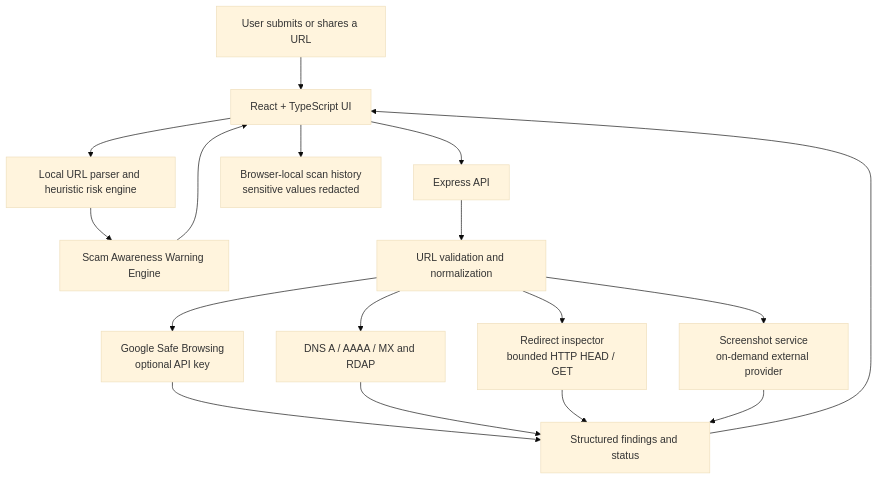
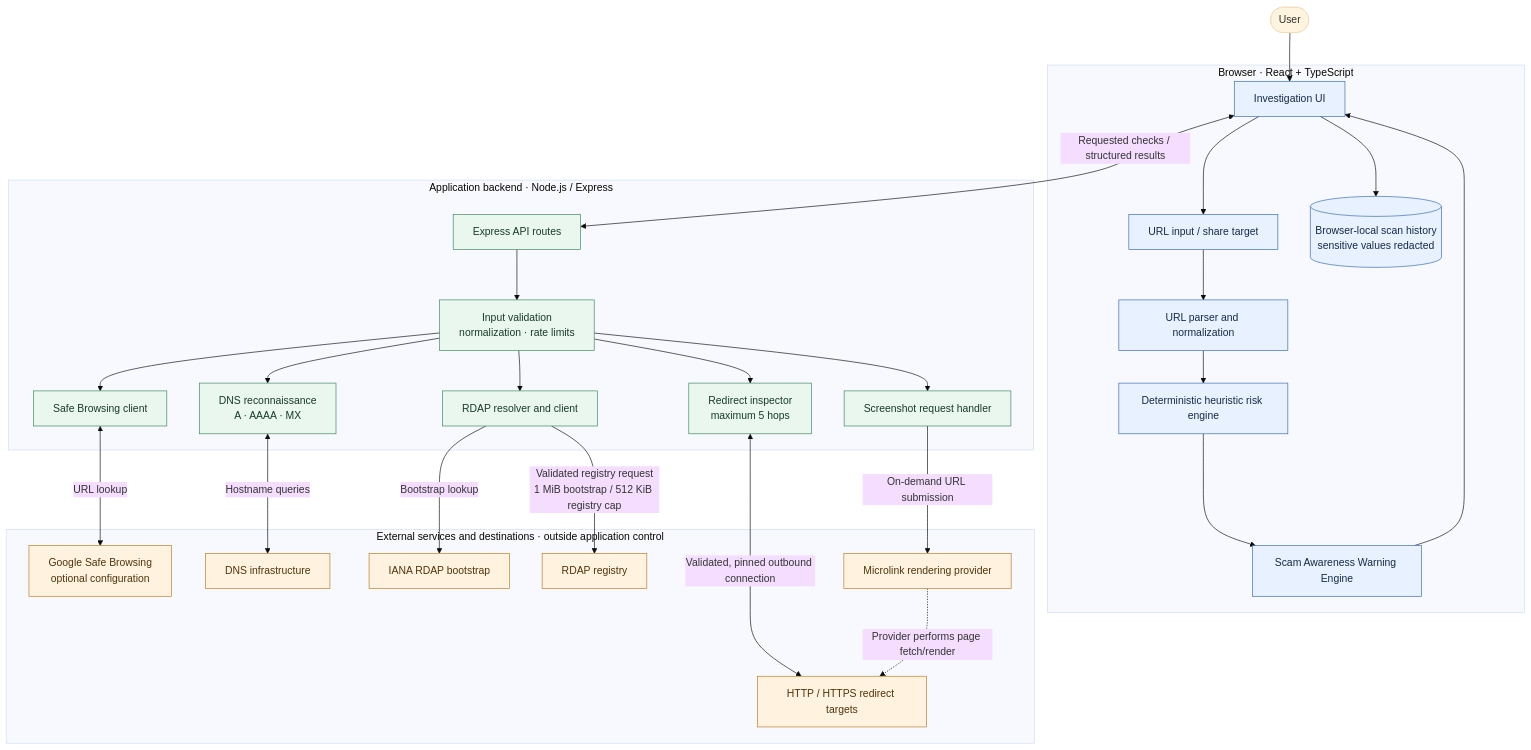
Before and after one commit to aditya77288-web/fraud-link-detector: the diagram in docs/ARCHITECTURE.md, drawn with Mermaid (base theme). The commit also changed other lines of this file, not shown here.

Commit message:
docs: refine system architecture and trust-boundary diagram

````diff
--- a/docs/ARCHITECTURE.md
+++ b/docs/ARCHITECTURE.md
@@ -7,19 +9,60 @@
 ```mermaid
-flowchart TD
-    U[User submits or shares a URL] --> UI[React + TypeScript UI]
-    UI --> LOCAL[Local URL parser and heuristic risk engine]
-    LOCAL --> WARN[Scam Awareness Warning Engine]
-    UI --> API[Express API]
-    API --> VALID[URL validation and normalization]
-    VALID --> SB[Google Safe Browsing<br/>optional API key]
-    VALID --> DNS[DNS A / AAAA / MX and RDAP]
-    VALID --> REDIR[Redirect inspector<br/>bounded HTTP HEAD / GET]
-    VALID --> SHOT[Screenshot service<br/>on-demand external provider]
-    SB --> RESULT[Structured findings and status]
-    DNS --> RESULT
-    REDIR --> RESULT
-    SHOT --> RESULT
-    RESULT --> UI
-    WARN --> UI
-    UI --> HIST[Browser-local scan history<br/>sensitive values redacted]
+flowchart TB
+    USER([User])
+    subgraph CLIENT["Browser · React + TypeScript"]
+        UI["Investigation UI"]
+        INPUT["URL input / share target"]
+        PARSER["URL parser and normalization"]
+        RISK["Deterministic heuristic risk engine"]
+        WARN["Scam Awareness Warning Engine"]
+        HISTORY[("Browser-local scan history<br/>sensitive values redacted")]
+        UI --> INPUT
+        INPUT --> PARSER
+        PARSER --> RISK
+        RISK --> WARN
+        WARN --> UI
+        UI --> HISTORY
+    end
+
+    subgraph APP["Application backend · Node.js / Express"]
+        API["Express API routes"]
+        VALIDATE["Input validation<br/>normalization · rate limits"]
+        SAFE["Safe Browsing client"]
+        DNS["DNS reconnaissance<br/>A · AAAA · MX"]
+        RDAP["RDAP resolver and client"]
+        REDIRECT["Redirect inspector<br/>maximum 5 hops"]
+        SCREEN["Screenshot request handler"]
+        API --> VALIDATE
+        VALIDATE --> SAFE
+        VALIDATE --> DNS
+        VALIDATE --> RDAP
+        VALIDATE --> REDIRECT
+        VALIDATE --> SCREEN
+    end
+
+    subgraph OUTSIDE["External services and destinations · outside application control"]
+        GOOGLE["Google Safe Browsing<br/>optional configuration"]
+        DNSNET["DNS infrastructure"]
+        IANA["IANA RDAP bootstrap"]
+        REGISTRY["RDAP registry"]
+        TARGET["HTTP / HTTPS redirect targets"]
+        RENDER["Microlink rendering provider"]
+    end
+
+    USER --> UI
+    UI <-->|"Requested checks / structured results"| API
+    SAFE <-->|"URL lookup"| GOOGLE
+    DNS <-->|"Hostname queries"| DNSNET
+    RDAP -->|"Bootstrap lookup"| IANA
+    RDAP -->|"Validated registry request<br/>1 MiB bootstrap / 512 KiB registry cap"| REGISTRY
+    REDIRECT <-->|"Validated, pinned outbound connection"| TARGET
+    SCREEN -->|"On-demand URL submission"| RENDER
+    RENDER -.->|"Provider performs page fetch/render"| TARGET
+
+    classDef client fill:#e8f1ff,stroke:#3568a8,color:#142b45
+    classDef backend fill:#eaf7ef,stroke:#36845b,color:#173b29
+    classDef external fill:#fff3df,stroke:#b7791f,color:#50330b
+    class UI,INPUT,PARSER,RISK,WARN,HISTORY client
+    class API,VALIDATE,SAFE,DNS,RDAP,REDIRECT,SCREEN backend
+    class GOOGLE,DNSNET,IANA,REGISTRY,TARGET,RENDER external
 ```
````
